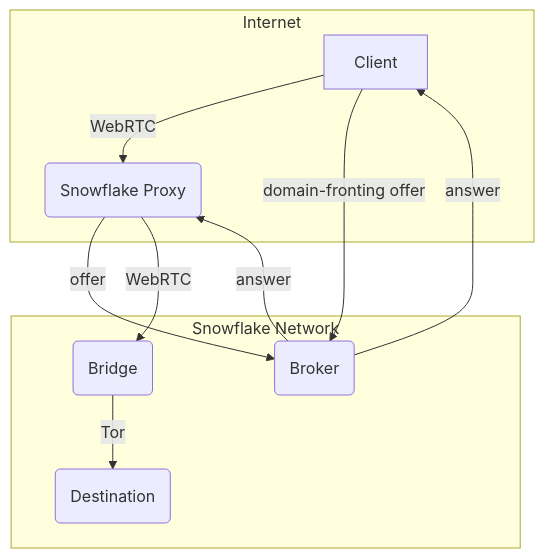
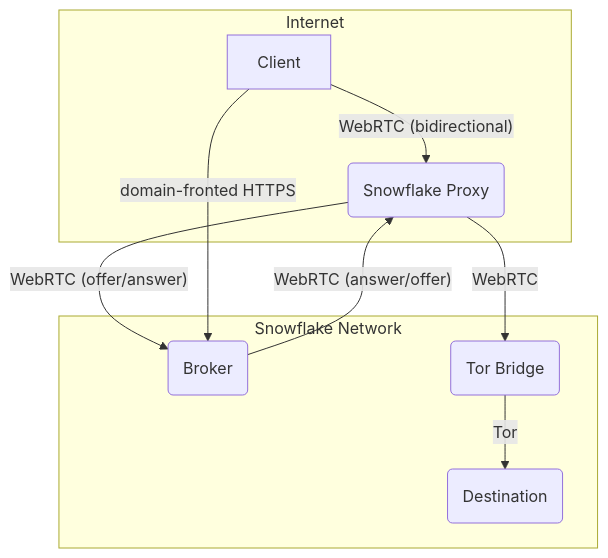
Before and after one commit to Tanvir1337x/Tanvir1337x.github.io: the diagram in readme.md, drawn with Mermaid.

Commit message:
improve mermaid diagram

````diff
--- a/readme.md
+++ b/readme.md
@@ -11,16 +11,15 @@
 ```mermaid
 graph TD
     subgraph Internet
-        Client[Client] -- WebRTC --> Snowflake(Snowflake Proxy)
+        Client[Client] -- WebRTC (bidirectional) --> Snowflake(Snowflake Proxy)
     end
 
     subgraph Snowflake Network
-        Snowflake -- offer --> Broker(Broker)
-        Broker -- answer --> Snowflake
-        Snowflake -- WebRTC --> Bridge(Bridge)
+        Snowflake -- WebRTC (offer/answer) --> Broker(Broker)
+        Broker -- WebRTC (answer/offer) --> Snowflake
+        Snowflake -- WebRTC --> Bridge(Tor Bridge)
         Bridge -- Tor --> Destination(Destination)
     end
 
-    Client -- domain-fronting offer --> Broker
-    Broker -- answer --> Client
+    Client -- domain-fronted HTTPS --> Broker
 ```
````
